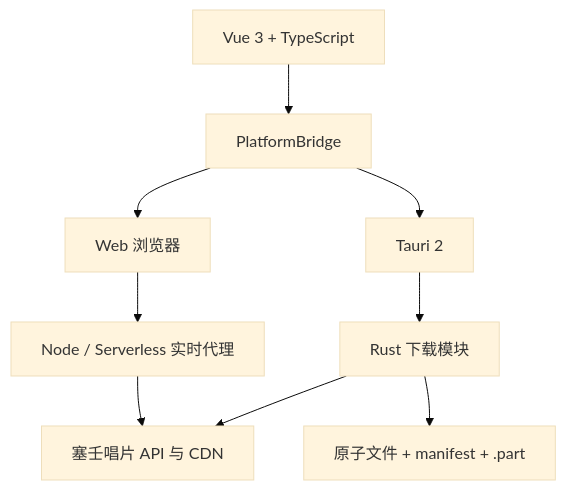
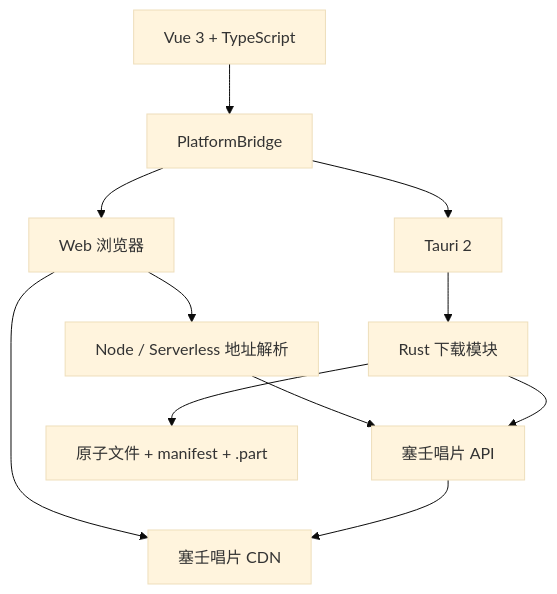
One commit to MXWF0/Siren-Records-Music-Downloader changed the diagram in cross-platform/README.md. Above: the diagram before and after it, drawn with Mermaid (base theme). The commit also changed other lines of this file and 21 other files, not shown here.

````diff
--- a/cross-platform/README.md
+++ b/cross-platform/README.md
@@ -22,11 +22,13 @@
 ```mermaid
 flowchart TD
   UI["Vue 3 + TypeScript"] --> BRIDGE["PlatformBridge"]
   BRIDGE --> WEB["Web 浏览器"]
   BRIDGE --> TAURI["Tauri 2"]
-  WEB --> PROXY["Node / Serverless 实时代理"]
+  WEB --> RESOLVER["Node / Serverless 地址解析"]
   TAURI --> RUST["Rust 下载模块"]
-  PROXY --> API["塞壬唱片 API 与 CDN"]
+  RESOLVER --> API["塞壬唱片 API"]
+  WEB --> CDN["塞壬唱片 CDN"]
+  API --> CDN
   RUST --> API
   RUST --> FILES["原子文件 + manifest + .part"]
 ```
````
